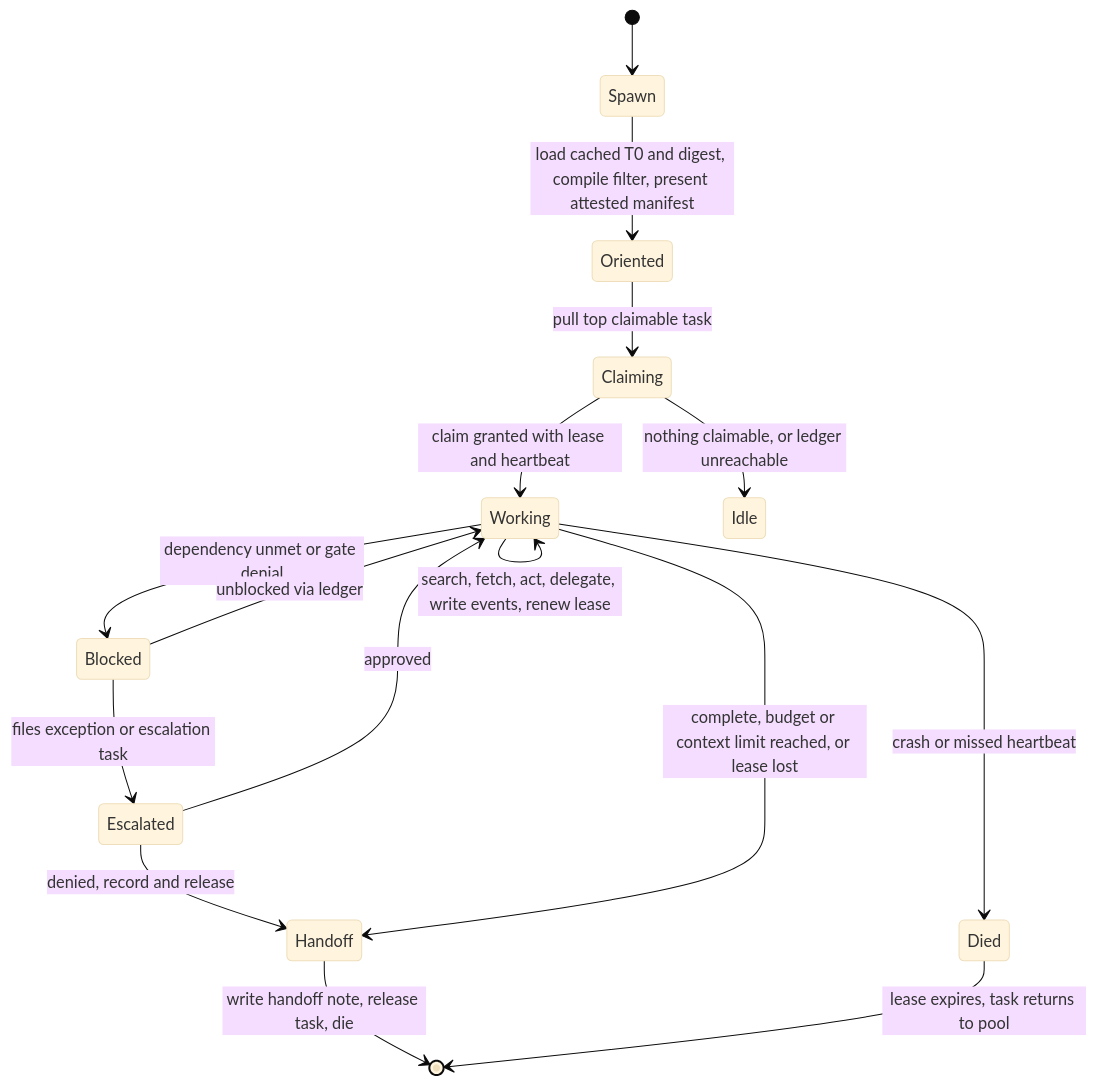
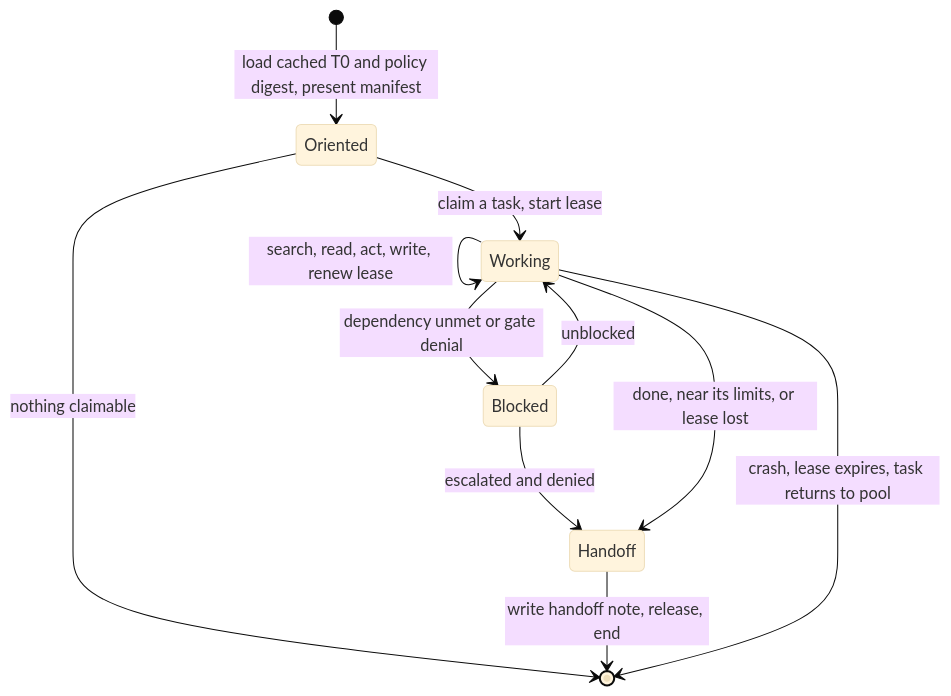
The fourth of 5 diagrams in docs/durable-memory-for-disposable-agents.md (apache/tooling-memory), drawn with Mermaid (base theme) before and after one commit. The commit also changed other lines of this file and 1 other file, not shown here.

````diff
--- a/docs/durable-memory-for-disposable-agents.md
+++ b/docs/durable-memory-for-disposable-agents.md
@@ -659,18 +458,13 @@
 ```mermaid
 stateDiagram-v2
-    [*] --> Spawn
-    Spawn --> Oriented: load cached T0 and digest, compile filter, present attested manifest
-    Oriented --> Claiming: pull top claimable task
-    Claiming --> Working: claim granted with lease and heartbeat
-    Claiming --> Idle: nothing claimable, or ledger unreachable
-    Working --> Working: search, fetch, act, delegate, write events, renew lease
+    [*] --> Oriented: load cached T0 and policy digest, present manifest
+    Oriented --> Working: claim a task, start lease
+    Oriented --> [*]: nothing claimable
+    Working --> Working: search, read, act, write, renew lease
     Working --> Blocked: dependency unmet or gate denial
-    Blocked --> Working: unblocked via ledger
-    Blocked --> Escalated: files exception or escalation task
-    Escalated --> Working: approved
-    Escalated --> Handoff: denied, record and release
-    Working --> Handoff: complete, budget or context limit reached, or lease lost
-    Handoff --> [*]: write handoff note, release task, die
-    Working --> Died: crash or missed heartbeat
-    Died --> [*]: lease expires, task returns to pool
+    Blocked --> Working: unblocked
+    Blocked --> Handoff: escalated and denied
+    Working --> Handoff: done, near its limits, or lease lost
+    Handoff --> [*]: write handoff note, release, end
+    Working --> [*]: crash, lease expires, task returns to pool
 ```
````
